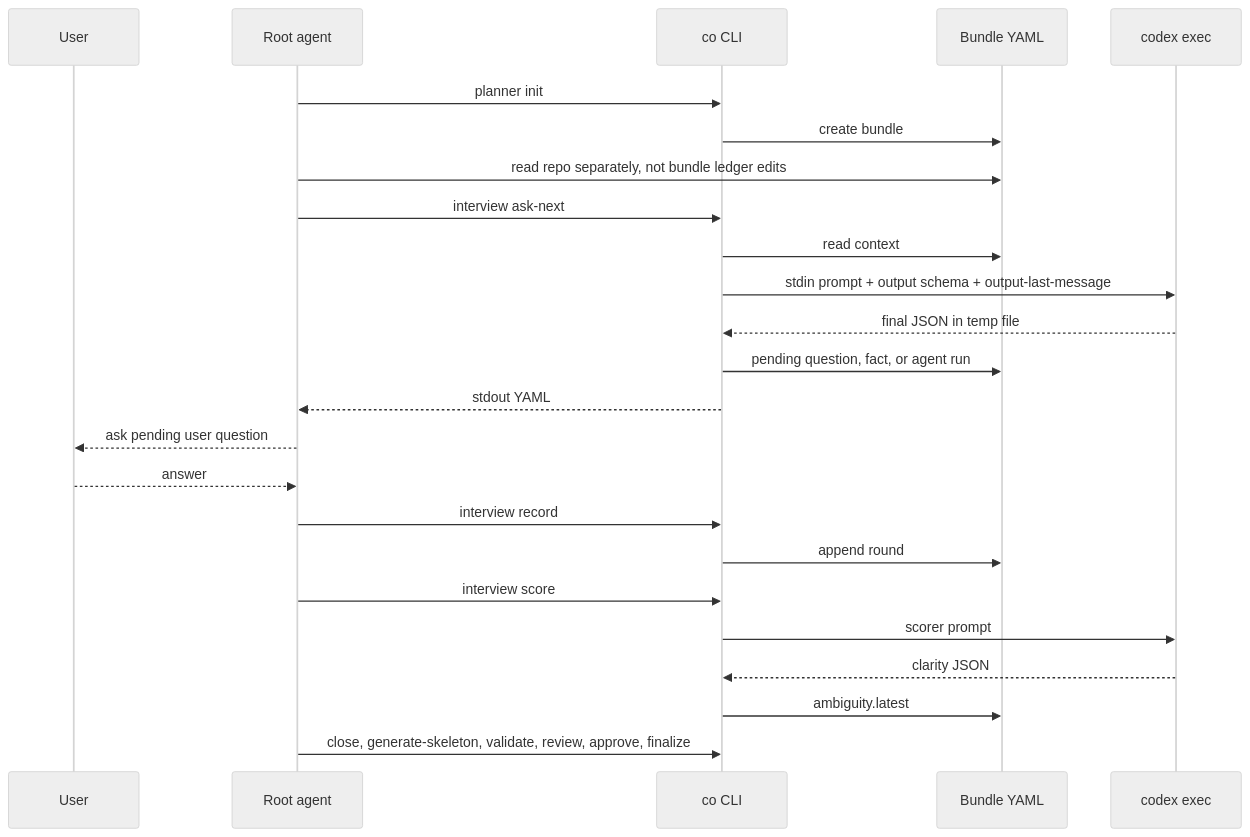
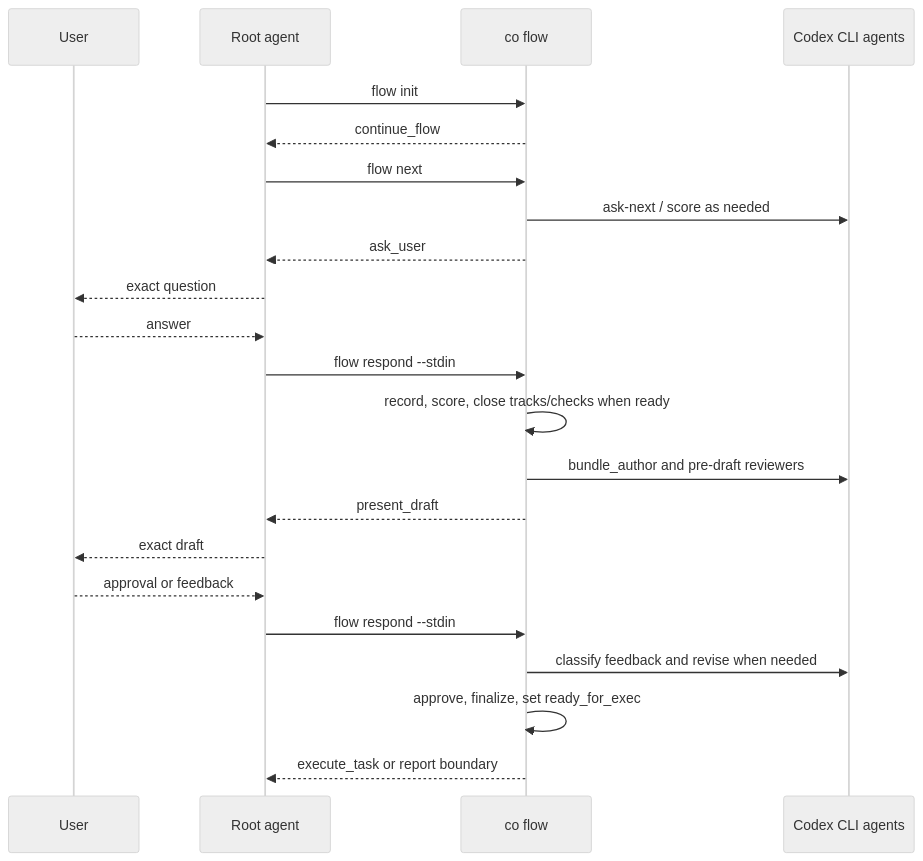
Before and after one commit to mym0404/coflow: the diagram in skills/coplan/README.md, drawn with Mermaid (neutral theme). The commit also changed other lines of this file and 20 other files, not shown here.

Commit message:
feat: add co flow iterator

````diff
--- a/skills/coplan/README.md
+++ b/skills/coplan/README.md
@@ -177,27 +32,25 @@
 ```mermaid
 sequenceDiagram
   participant User
   participant Root as Root agent
-  participant EX as co CLI
-  participant Bundle as Bundle YAML
-  participant Codex as codex exec
+  participant Co as co flow
+  participant Codex as Codex CLI agents
 
-  Root->>EX: planner init
-  EX->>Bundle: create bundle
-  Root->>Bundle: read repo separately, not bundle ledger edits
-  Root->>EX: interview ask-next
-  EX->>Bundle: read context
-  EX->>Codex: stdin prompt + output schema + output-last-message
-  Codex-->>EX: final JSON in temp file
-  EX->>Bundle: pending question, fact, or agent run
-  EX-->>Root: stdout YAML
-  Root-->>User: ask pending user question
+  Root->>Co: flow init
+  Co-->>Root: continue_flow
+  Root->>Co: flow next
+  Co->>Codex: ask-next / score as needed
+  Co-->>Root: ask_user
+  Root-->>User: exact question
   User-->>Root: answer
-  Root->>EX: interview record
-  EX->>Bundle: append round
-  Root->>EX: interview score
-  EX->>Codex: scorer prompt
-  Codex-->>EX: clarity JSON
-  EX->>Bundle: ambiguity.latest
-  Root->>EX: close, generate-skeleton, validate, review, approve, finalize
+  Root->>Co: flow respond --stdin
+  Co->>Co: record, score, close tracks/checks when ready
+  Co->>Codex: bundle_author and pre-draft reviewers
+  Co-->>Root: present_draft
+  Root-->>User: exact draft
+  User-->>Root: approval or feedback
+  Root->>Co: flow respond --stdin
+  Co->>Codex: classify feedback and revise when needed
+  Co->>Co: approve, finalize, set ready_for_exec
+  Co-->>Root: execute_task or report boundary
 ```
````
